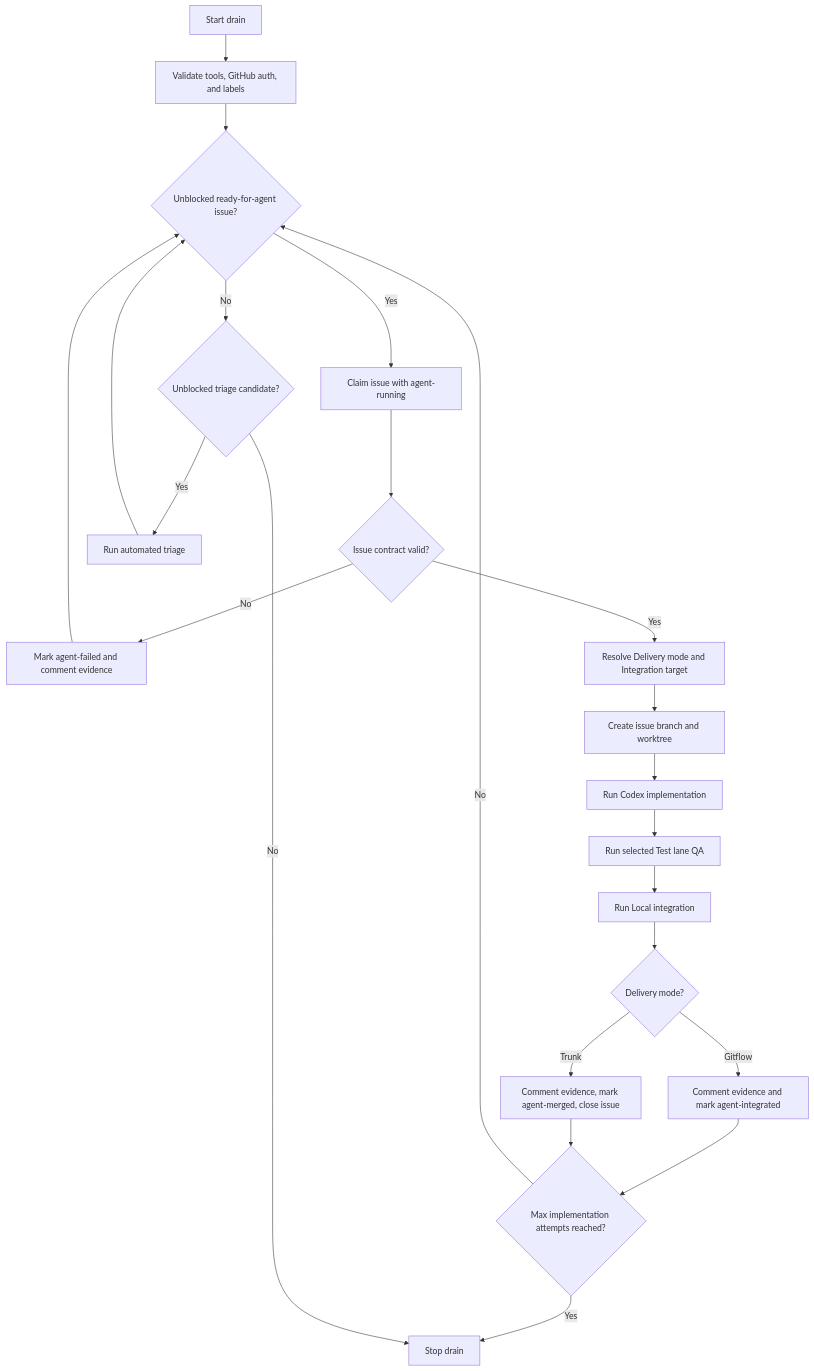
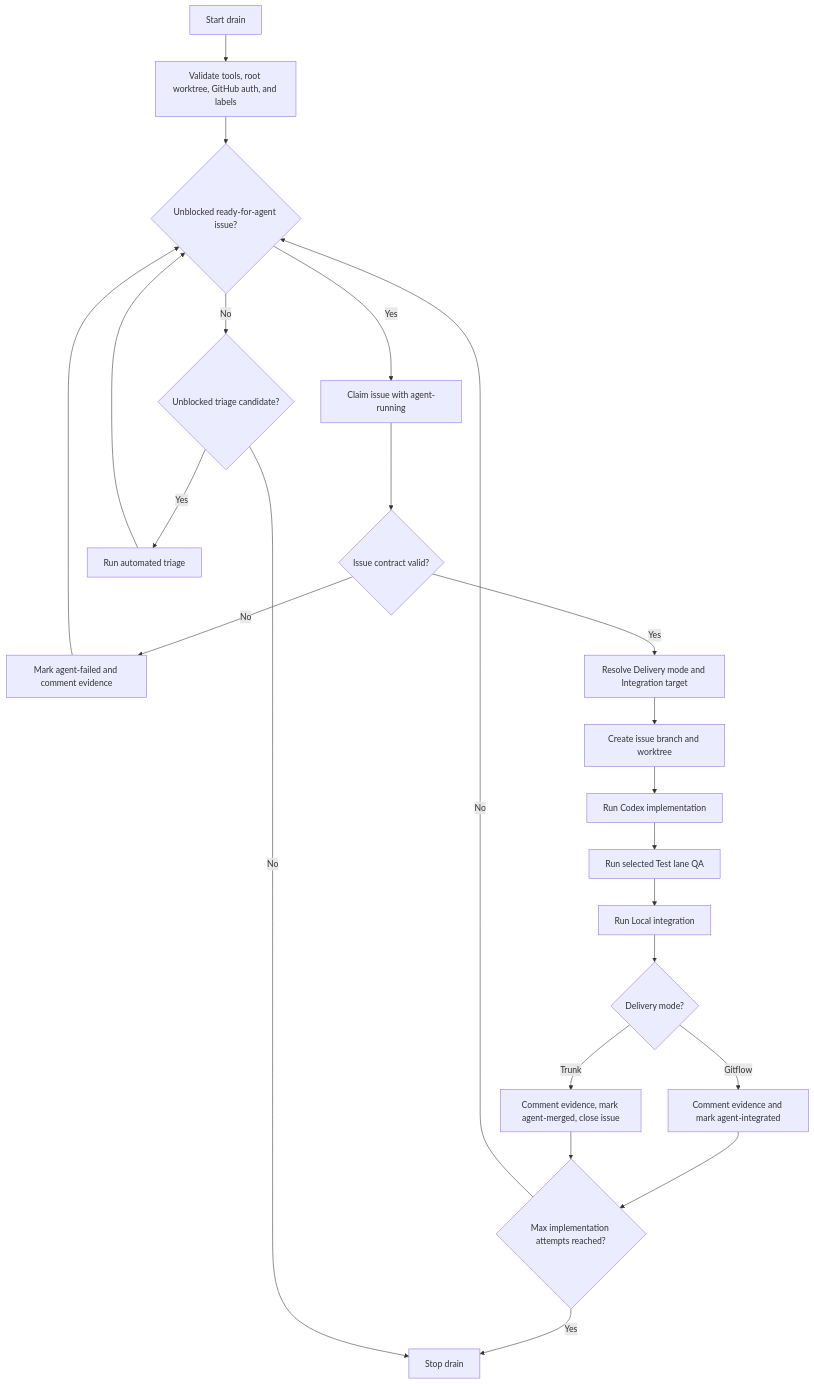
The first of 2 diagrams in docs/agent-issue-loop.md (Chr1sC0de/energy-market-delta-lake), drawn with Mermaid before and after one commit. The commit also changed other lines of this file and 6 other files, not shown here.

````diff
--- a/docs/agent-issue-loop.md
+++ b/docs/agent-issue-loop.md
@@ -54,25 +54,25 @@
 ```mermaid
 flowchart TD
-  START[Start drain] --> PREFLIGHT[Validate tools, GitHub auth, and labels]
+  START[Start drain] --> PREFLIGHT[Validate tools, root worktree, GitHub auth, and labels]
   PREFLIGHT --> READY{Unblocked ready-for-agent issue?}
   READY -->|Yes| CLAIM[Claim issue with agent-running]
   CLAIM --> CONTRACT{Issue contract valid?}
   CONTRACT -->|No| FAIL[Mark agent-failed and comment evidence]
   CONTRACT -->|Yes| MODE[Resolve Delivery mode and Integration target]
   MODE --> WORKTREE[Create issue branch and worktree]
   WORKTREE --> CODEX[Run Codex implementation]
   CODEX --> QA[Run selected Test lane QA]
   QA --> INTEGRATE[Run Local integration]
   INTEGRATE --> DONE{Delivery mode?}
   DONE -->|Gitflow| STAGE[Comment evidence and mark agent-integrated]
   DONE -->|Trunk| CLOSE[Comment evidence, mark agent-merged, close issue]
   STAGE --> LIMIT{Max implementation attempts reached?}
   CLOSE --> LIMIT
   LIMIT -->|No| READY
   LIMIT -->|Yes| STOP[Stop drain]
   READY -->|No| TRIAGE{Unblocked triage candidate?}
   TRIAGE -->|Yes| TRIAGEPASS[Run automated triage]
   TRIAGEPASS --> READY
   TRIAGE -->|No| STOP
   FAIL --> READY
 ```
````
